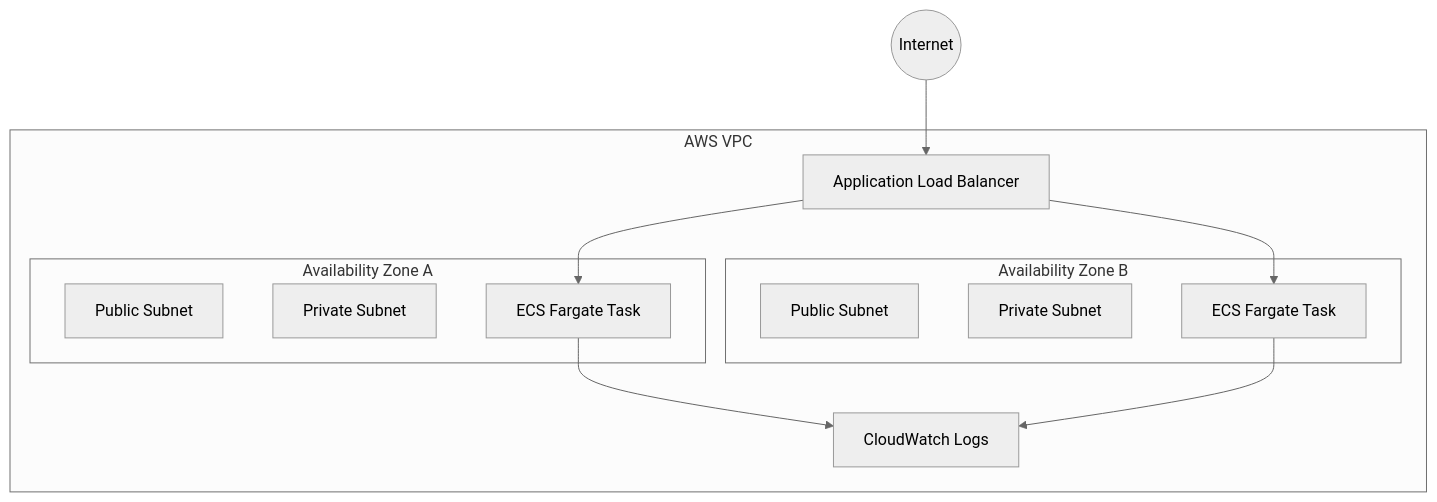
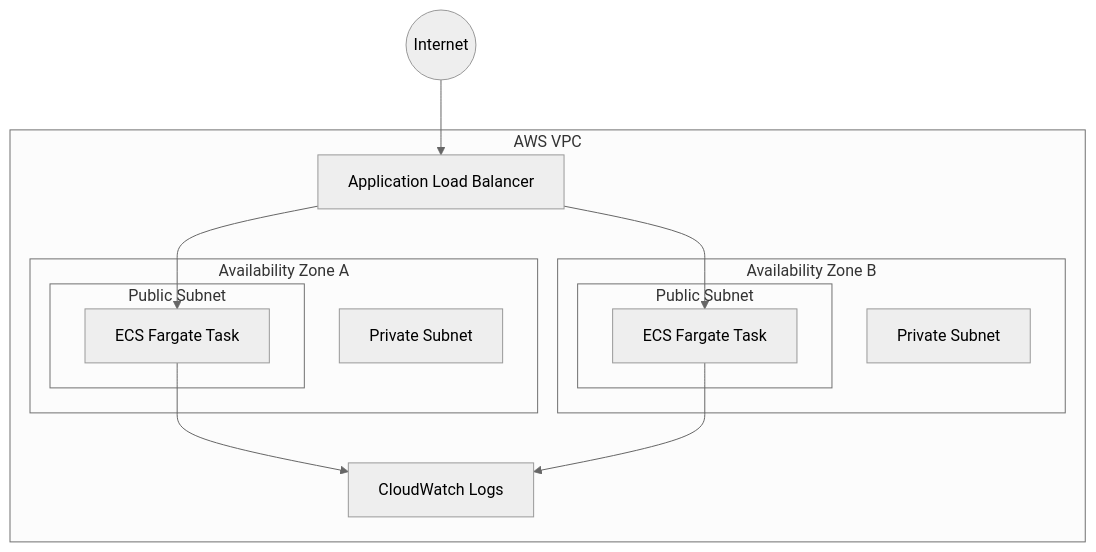
The diagram in README.md (D-Rex-III/terraform-aws-web-infrastructure), drawn with Mermaid (neutral theme) before and after one commit.

Commit message:
Correct architecture diagram to match ECS networking

````diff
--- a/README.md
+++ b/README.md
@@ -9,23 +9,29 @@
 ```mermaid
 flowchart TB
     Internet((Internet)) --> ALB[Application Load Balancer]
 
     subgraph VPC["AWS VPC"]
+
         subgraph AZA["Availability Zone A"]
-            PublicA[Public Subnet]
+            subgraph PublicA["Public Subnet"]
+                TaskA[ECS Fargate Task]
+            end
+
             PrivateA[Private Subnet]
-            TaskA[ECS Fargate Task]
         end
 
         subgraph AZB["Availability Zone B"]
-            PublicB[Public Subnet]
+            subgraph PublicB["Public Subnet"]
+                TaskB[ECS Fargate Task]
+            end
+
             PrivateB[Private Subnet]
-            TaskB[ECS Fargate Task]
         end
 
         ALB --> TaskA
         ALB --> TaskB
+
         TaskA --> Logs[CloudWatch Logs]
         TaskB --> Logs
     end
 ```
````
